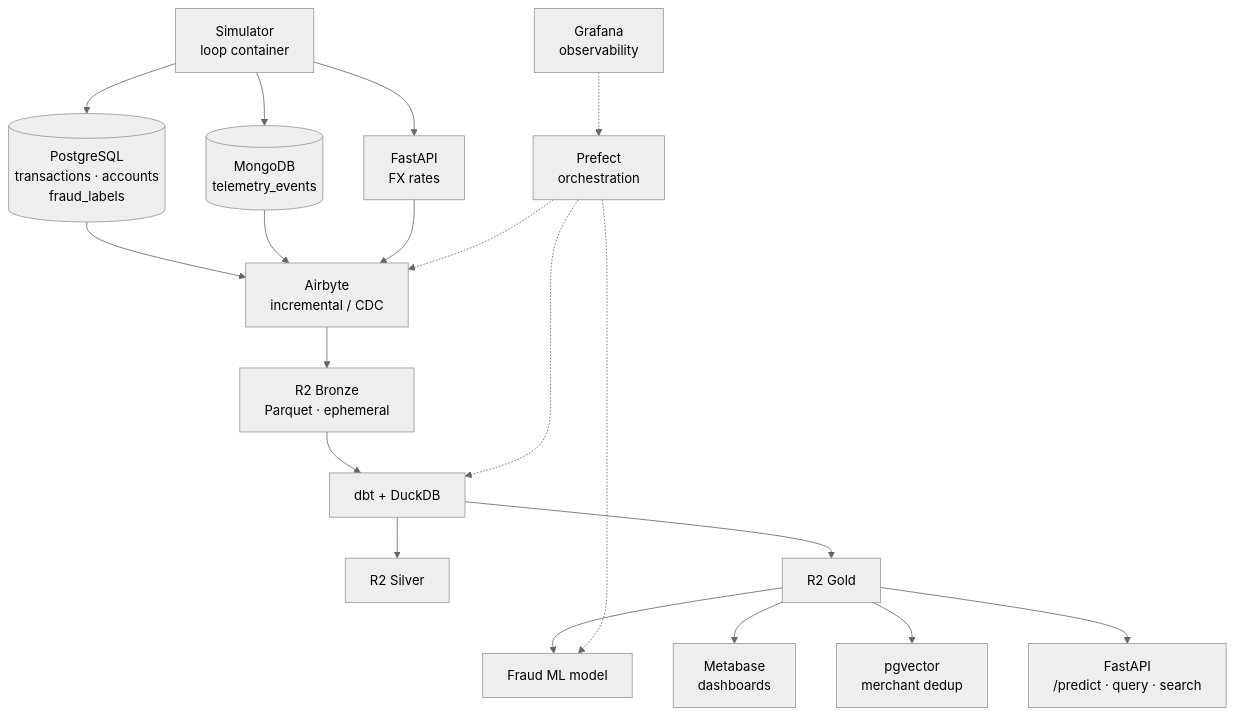
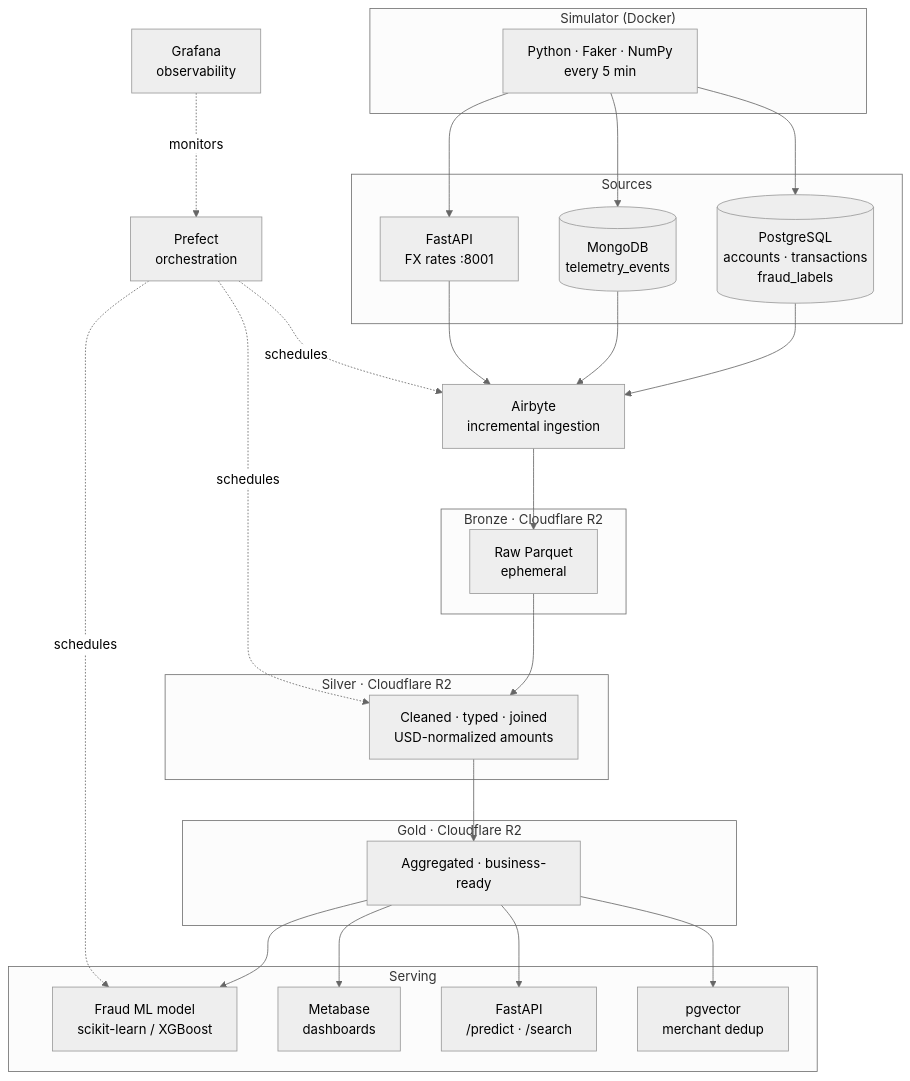
The first of 2 diagrams in README.md (vifestudio/payflow-data-platform), drawn with Mermaid (neutral theme) before and after one commit. The commit also changed other lines of this file and 14 other files, not shown here.

First line of the commit message:
feat: add FX rates custom Airbyte connector (Python CDK) and update README with full architecture

````diff
--- a/README.md
+++ b/README.md
@@ -7,29 +13,39 @@
 ```mermaid
 flowchart TD
-    SIM[Simulator\nloop container]
+    subgraph SIM["Simulator (Docker)"]
+        S["Python · Faker · NumPy\nevery 5 min"]
+    end
 
-    SIM --> PG[(PostgreSQL\ntransactions · accounts\nfraud_labels)]
-    SIM --> MG[(MongoDB\ntelemetry_events)]
-    SIM --> FX[FastAPI\nFX rates]
+    subgraph SOURCES["Sources"]
+        PG[(PostgreSQL\naccounts · transactions\nfraud_labels)]
+        MG[(MongoDB\ntelemetry_events)]
+        FX["FastAPI\nFX rates :8001"]
+    end
 
-    PG --> AB[Airbyte\nincremental / CDC]
-    MG --> AB
-    FX --> AB
+    subgraph BRONZE["Bronze · Cloudflare R2"]
+        B["Raw Parquet\nephemeral"]
+    end
 
-    AB --> R2B[R2 Bronze\nParquet · ephemeral]
-    R2B --> DBT[dbt + DuckDB]
+    subgraph SILVER["Silver · Cloudflare R2"]
+        SI["Cleaned · typed · joined\nUSD-normalized amounts"]
+    end
 
-    DBT --> R2S[R2 Silver]
-    DBT --> R2G[R2 Gold]
+    subgraph GOLD["Gold · Cloudflare R2"]
+        G["Aggregated · business-ready"]
+    end
 
-    R2G --> ML[Fraud ML model]
-    R2G --> MB[Metabase\ndashboards]
-    R2G --> VEC[pgvector\nmerchant dedup]
-    R2G --> API[FastAPI\n/predict · query · search]
+    subgraph SERVE["Serving"]
+        ML["Fraud ML model\nscikit-learn / XGBoost"]
+        MB["Metabase\ndashboards"]
+        API["FastAPI\n/predict · /search"]
+        VEC["pgvector\nmerchant dedup"]
+    end
 
-    PREF[Prefect\norchestration] -.-> AB
-    PREF -.-> DBT
-    PREF -.-> ML
+    S --> PG & MG & FX
+    PG & MG & FX --> AB["Airbyte\nincremental ingestion"]
+    AB --> B --> SI --> G
+    G --> ML & MB & API & VEC
 
-    GRAF[Grafana\nobservability] -.-> PREF
+    PREF["Prefect\norchestration"] -. schedules .-> AB & SI & ML
+    GRAF["Grafana\nobservability"] -. monitors .-> PREF
 ```
````
